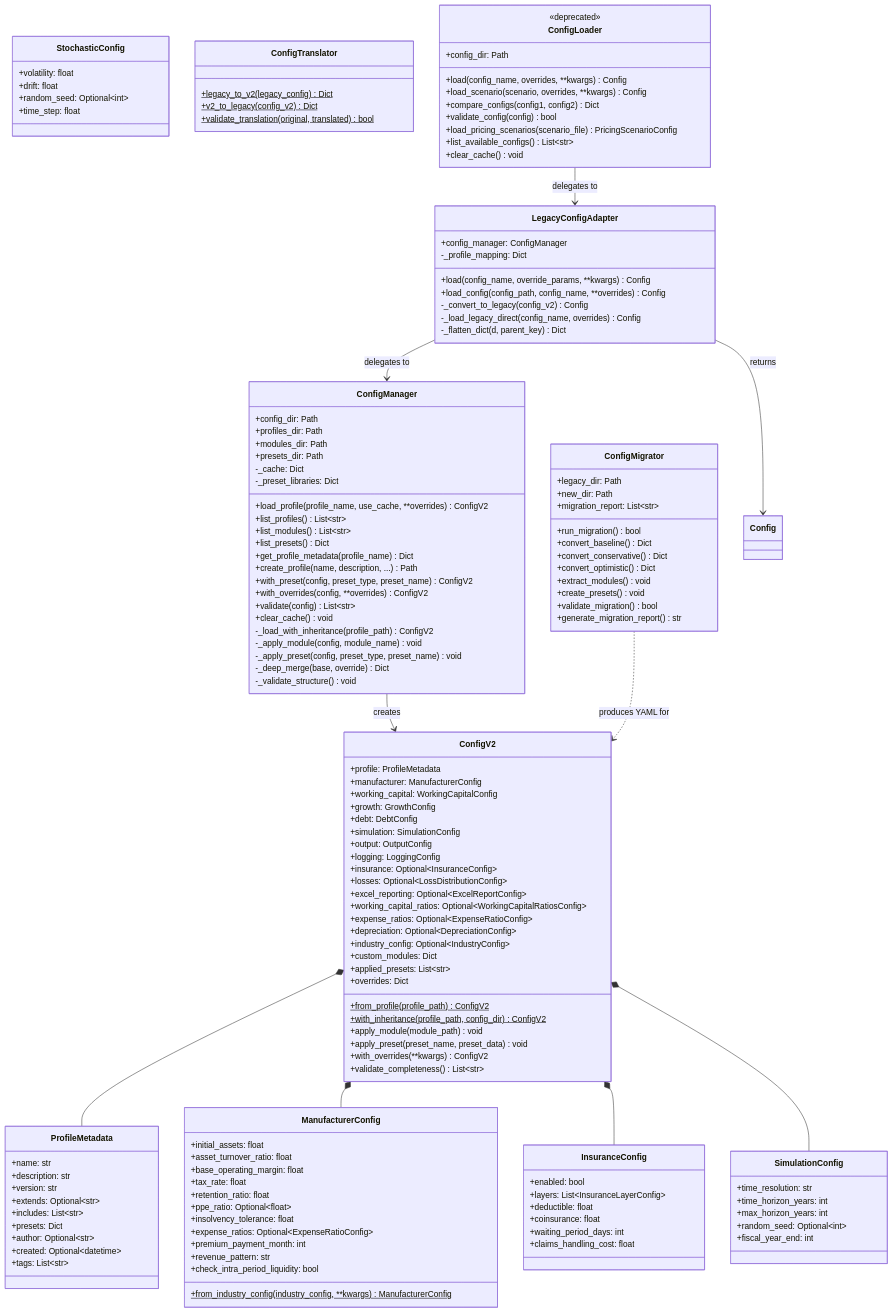
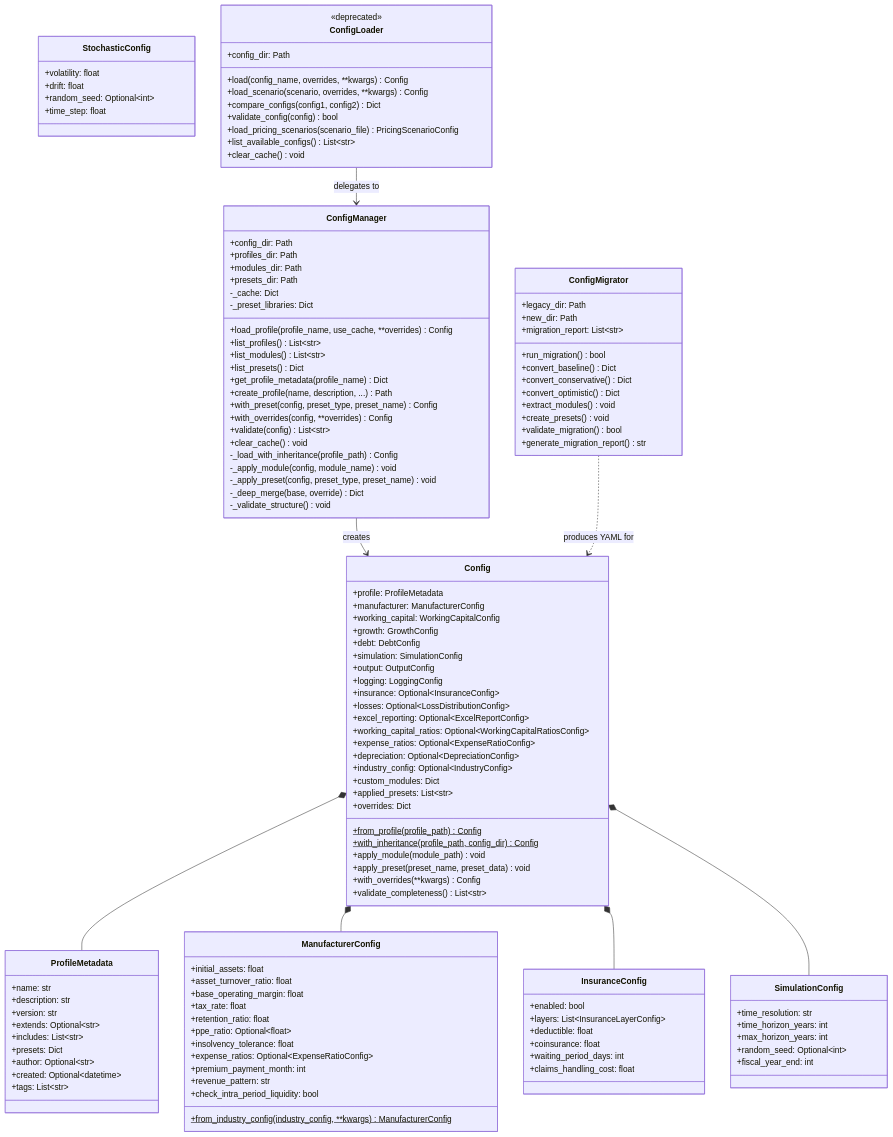
One commit to AlexFiliakov/Ergodic-Insurance-Limits changed the fifth of 5 diagrams in ergodic_insurance/docs/architecture/configuration_v2.md. Above: the diagram before and after it, drawn with Mermaid. The commit also changed other lines of this file and 295 other files, not shown here.

````diff
--- a/ergodic_insurance/docs/architecture/configuration_v2.md
+++ b/ergodic_insurance/docs/architecture/configuration_v2.md
@@ -718,24 +694,24 @@
         +presets_dir: Path
         -_cache: Dict
         -_preset_libraries: Dict
-        +load_profile(profile_name, use_cache, **overrides) ConfigV2
+        +load_profile(profile_name, use_cache, **overrides) Config
         +list_profiles() List~str~
         +list_modules() List~str~
         +list_presets() Dict
         +get_profile_metadata(profile_name) Dict
         +create_profile(name, description, ...) Path
-        +with_preset(config, preset_type, preset_name) ConfigV2
-        +with_overrides(config, **overrides) ConfigV2
+        +with_preset(config, preset_type, preset_name) Config
+        +with_overrides(config, **overrides) Config
         +validate(config) List~str~
         +clear_cache() void
-        -_load_with_inheritance(profile_path) ConfigV2
+        -_load_with_inheritance(profile_path) Config
         -_apply_module(config, module_name) void
         -_apply_preset(config, preset_type, preset_name) void
         -_deep_merge(base, override) Dict
         -_validate_structure() void
     }
 
-    class ConfigV2 {
+    class Config {
         +profile: ProfileMetadata
         +manufacturer: ManufacturerConfig
         +working_capital: WorkingCapitalConfig
@@ -754,11 +730,11 @@
         +custom_modules: Dict
         +applied_presets: List~str~
         +overrides: Dict
-        +from_profile(profile_path)$ ConfigV2
-        +with_inheritance(profile_path, config_dir)$ ConfigV2
+        +from_profile(profile_path)$ Config
+        +with_inheritance(profile_path, config_dir)$ Config
         +apply_module(module_path) void
         +apply_preset(preset_name, preset_data) void
-        +with_overrides(**kwargs) ConfigV2
+        +with_overrides(**kwargs) Config
         +validate_completeness() List~str~
     }
 
@@ -813,22 +789,6 @@
         +time_step: float
     }
 
-    class LegacyConfigAdapter {
-        +config_manager: ConfigManager
-        -_profile_mapping: Dict
-        +load(config_name, override_params, **kwargs) Config
-        +load_config(config_path, config_name, **overrides) Config
-        -_convert_to_legacy(config_v2) Config
-        -_load_legacy_direct(config_name, overrides) Config
-        -_flatten_dict(d, parent_key) Dict
-    }
-
-    class ConfigTranslator {
-        +legacy_to_v2(legacy_config)$ Dict
-        +v2_to_legacy(config_v2)$ Dict
-        +validate_translation(original, translated)$ bool
-    }
-
     class ConfigMigrator {
         +legacy_dir: Path
         +new_dir: Path
@@ -855,13 +815,11 @@
         +clear_cache() void
     }
 
-    ConfigManager --> ConfigV2 : creates
-    ConfigV2 *-- ProfileMetadata
-    ConfigV2 *-- ManufacturerConfig
-    ConfigV2 *-- InsuranceConfig
-    ConfigV2 *-- SimulationConfig
-    LegacyConfigAdapter --> ConfigManager : delegates to
-    LegacyConfigAdapter --> Config : returns
-    ConfigLoader --> LegacyConfigAdapter : delegates to
-    ConfigMigrator ..> ConfigV2 : produces YAML for
+    ConfigManager --> Config : creates
+    Config *-- ProfileMetadata
+    Config *-- ManufacturerConfig
+    Config *-- InsuranceConfig
+    Config *-- SimulationConfig
+    ConfigLoader --> ConfigManager : delegates to
+    ConfigMigrator ..> Config : produces YAML for
 ```
````
